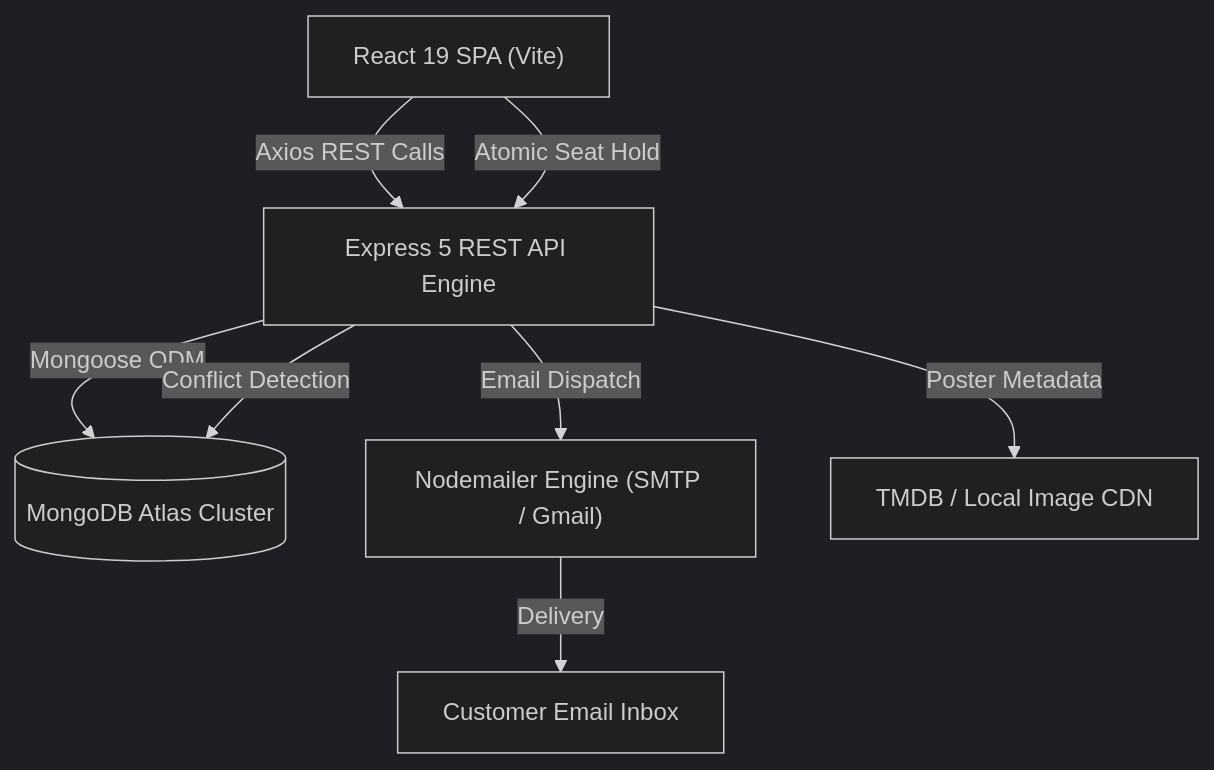
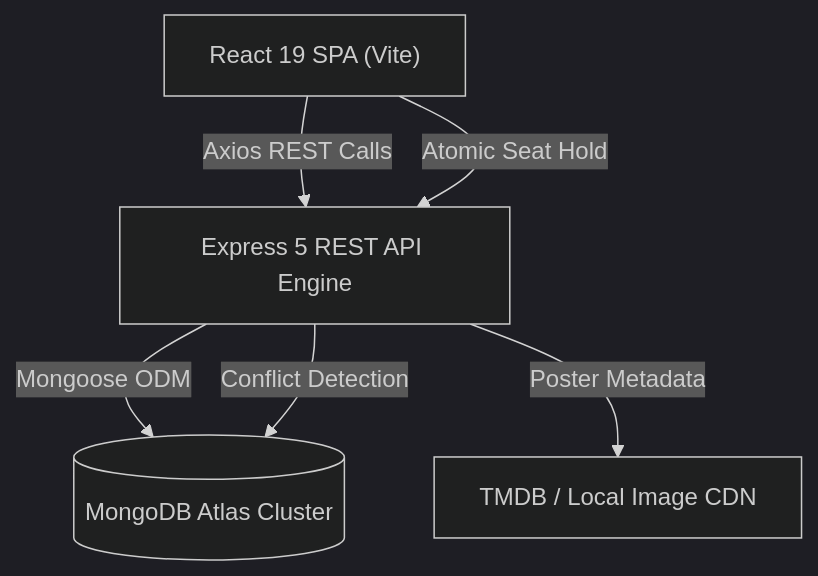
The diagram in README.md (Satyarusia/Screenly---Movie-Ticket-Booking-Platform), drawn with Mermaid (dark theme) before and after one commit. The commit also changed other lines of this file and 15 other files, not shown here.

Commit message:
Refactor: remove all email functionality, Nodemailer, and forgot-password flows

````diff
--- a/README.md
+++ b/README.md
@@ -41,10 +40,8 @@
 ```mermaid
 flowchart TD
     Client["React 19 SPA (Vite)"] -->|Axios REST Calls| API["Express 5 REST API Engine"]
     API -->|Mongoose ODM| DB[("MongoDB Atlas Cluster")]
-    API -->|Email Dispatch| Mailer["Nodemailer Engine (SMTP / Gmail)"]
-    Mailer -->|Delivery| Inbox["Customer Email Inbox"]
     API -->|Poster Metadata| TMDB["TMDB / Local Image CDN"]
     Client -->|Atomic Seat Hold| API
     API -->|Conflict Detection| DB
 ```
````
